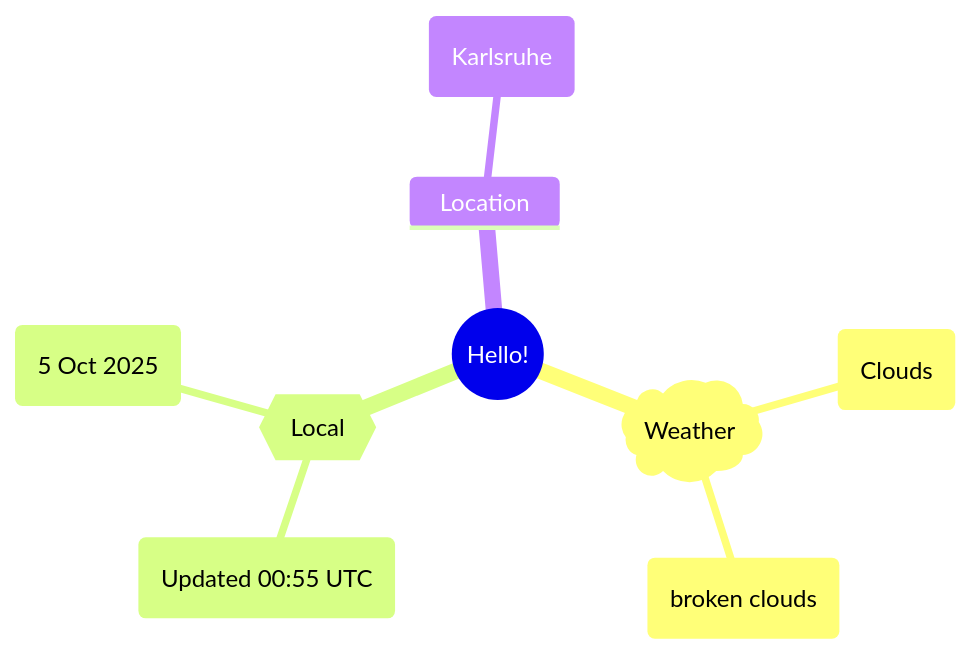
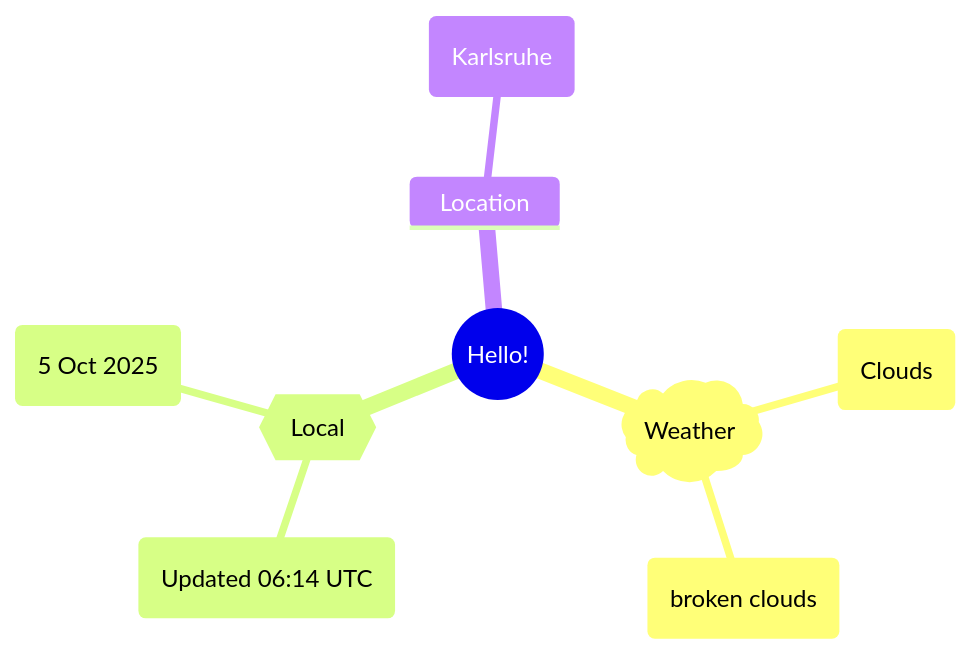
The first of 2 diagrams in README.md (Xosrov/Xosrov), drawn with Mermaid before and after one commit.

Commit message:
[bot] updated images

````diff
--- a/README.md
+++ b/README.md
@@ -3,12 +3,12 @@
 ```mermaid
 mindmap
   root((Hello!))
     )Weather(
         (Clouds)
         (broken clouds)
     {{Local}}
-        (Updated 00:55 UTC)
+        (Updated 06:14 UTC)
         (5 Oct 2025)
     Location
         (Karlsruhe)
 ```
````
